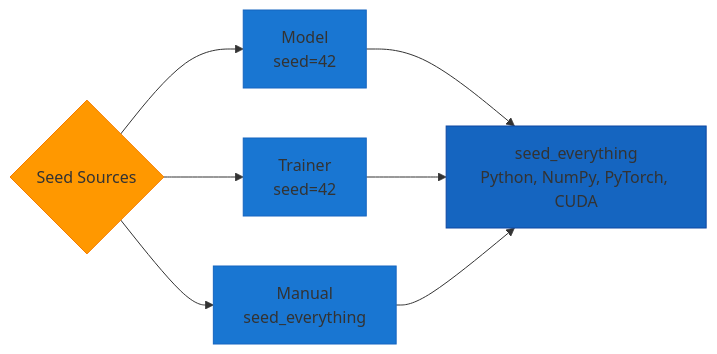
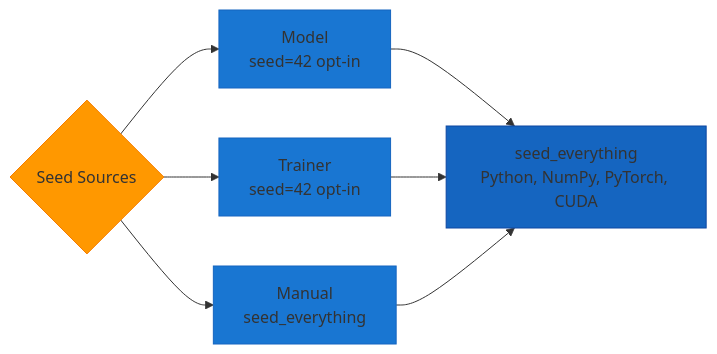
Before and after one commit to theja-vanka/AutoTimm: the first of 2 diagrams in docs/user-guide/guides/reproducibility.md, drawn with Mermaid. The commit also changed other lines of this file and 85 other files, not shown here.

````diff
--- a/docs/user-guide/guides/reproducibility.md
+++ b/docs/user-guide/guides/reproducibility.md
@@ -9,15 +9,15 @@
 ```mermaid
 graph LR
-    A{Seed Sources} --> B[Model<br/>seed=42]
-    A --> C[Trainer<br/>seed=42]
+    A{Seed Sources} --> B[Model<br/>seed=42 opt-in]
+    A --> C[Trainer<br/>seed=42 opt-in]
     A --> D[Manual<br/>seed_everything]
     B --> E[seed_everything<br/>Python, NumPy, PyTorch, CUDA]
     C --> E
     D --> E
 
     style A fill:#FF9800,stroke:#F57C00
     style B fill:#1976D2,stroke:#1565C0
     style C fill:#1976D2,stroke:#1565C0
     style D fill:#1976D2,stroke:#1565C0
     style E fill:#1565C0,stroke:#0D47A1
 ```
````
